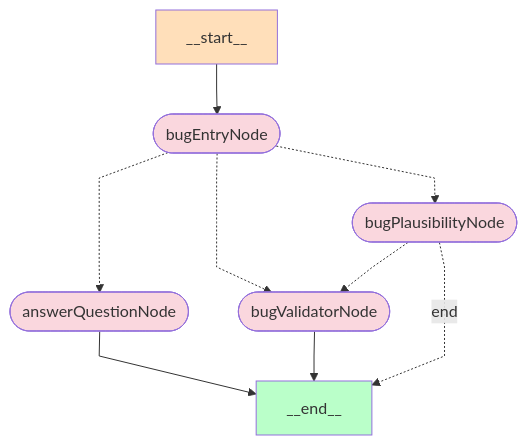
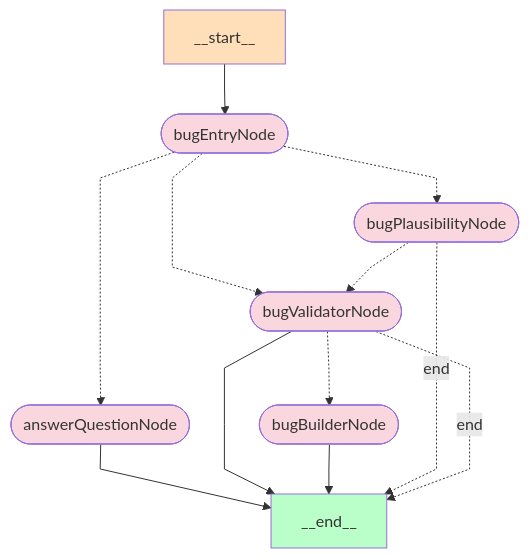
One commit to bugbyte-io/cohzy-brain-v2 changed the diagram in bugReportAgentGraph.mmd. Above: the diagram before and after it, drawn with Mermaid. The commit also changed 11 other files, not shown here.

```diff
--- a/bugReportAgentGraph.mmd
+++ b/bugReportAgentGraph.mmd
@@ -1,19 +1,23 @@
 %%{init: {'flowchart': {'curve': 'linear'}}}%%
 graph TD;
 	__start__[__start__]:::startclass;
 	__end__[__end__]:::endclass;
 	bugEntryNode([bugEntryNode]):::otherclass;
 	answerQuestionNode([answerQuestionNode]):::otherclass;
 	bugValidatorNode([bugValidatorNode]):::otherclass;
 	bugPlausibilityNode([bugPlausibilityNode]):::otherclass;
+	bugBuilderNode([bugBuilderNode]):::otherclass;
 	__start__ --> bugEntryNode;
 	answerQuestionNode --> __end__;
 	bugValidatorNode --> __end__;
+	bugBuilderNode --> __end__;
 	bugEntryNode -.-> bugPlausibilityNode;
 	bugEntryNode -.-> bugValidatorNode;
 	bugEntryNode -.-> answerQuestionNode;
 	bugPlausibilityNode -.-> bugValidatorNode;
 	bugPlausibilityNode -. end .-> __end__;
+	bugValidatorNode -.-> bugBuilderNode;
+	bugValidatorNode -. end .-> __end__;
 	classDef startclass fill:#ffdfba;
 	classDef endclass fill:#baffc9;
 	classDef otherclass fill:#fad7de;
```
